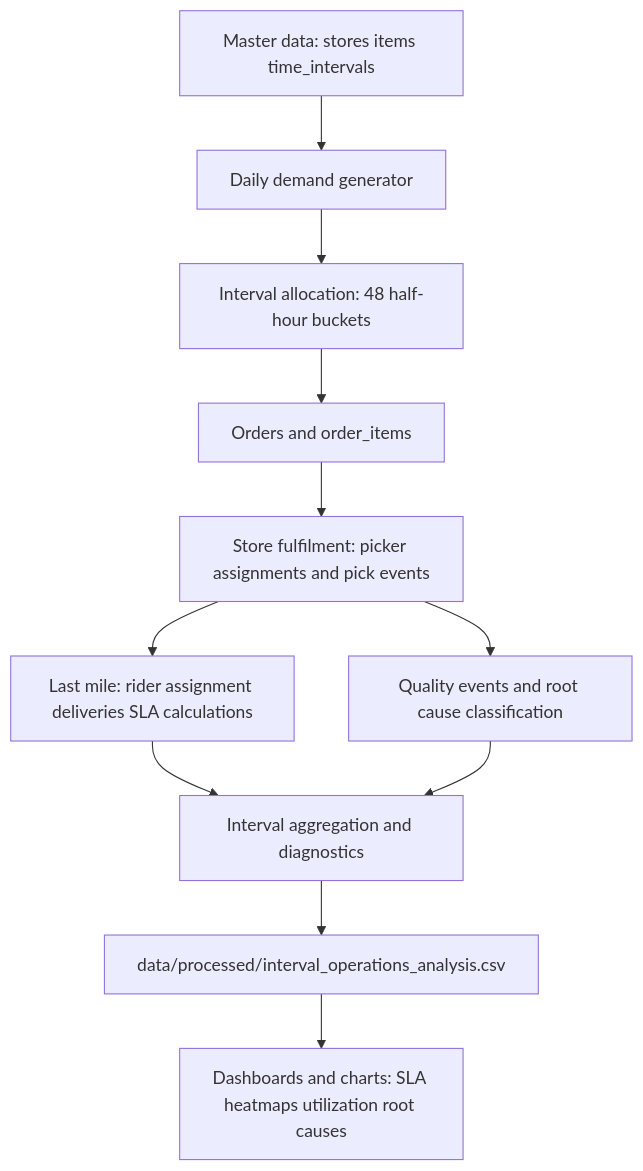
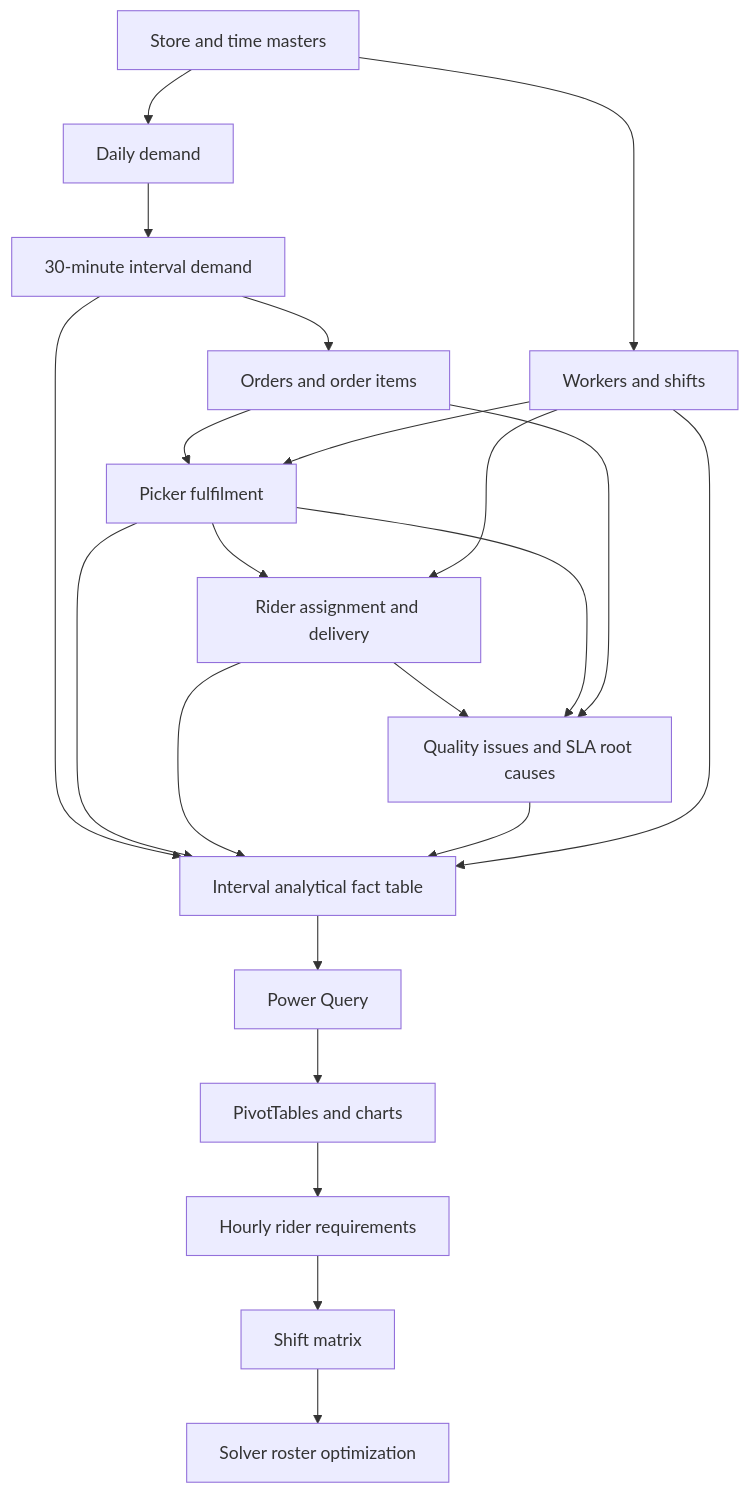
The diagram in README.md (saisboganadula/quick_commerce_ops), drawn with Mermaid before and after one commit. The commit also changed other lines of this file, not shown here.

Commit message:
docs: sync README Mermaid to canonical pipeline diagram

````diff
--- a/README.md
+++ b/README.md
@@ -213,13 +214,26 @@
 ```mermaid
 flowchart TD
-	A[Master data: stores items time_intervals] --> B[Daily demand generator]
-	B --> C[Interval allocation: 48 half-hour buckets]
-	C --> D[Orders and order_items]
-	D --> E[Store fulfilment: picker assignments and pick events]
-	E --> F[Last mile: rider assignment deliveries SLA calculations]
-	E --> G[Quality events and root cause classification]
-	F --> H[Interval aggregation and diagnostics]
-	G --> H
-	H --> I[data/processed/interval_operations_analysis.csv]
-	I --> J[Dashboards and charts: SLA heatmaps utilization root causes]
+	A["Store and time masters"] --> B["Daily demand"]
+	B --> C["30-minute interval demand"]
+	C --> D["Orders and order items"]
+	A --> E["Workers and shifts"]
+	D --> F["Picker fulfilment"]
+	E --> F
+	F --> G["Rider assignment and delivery"]
+	E --> G
+	G --> H["Quality issues and SLA root causes"]
+	F --> H
+	D --> H
+
+	C --> I["Interval analytical fact table"]
+	F --> I
+	G --> I
+	H --> I
+	E --> I
+
+	I --> J["Power Query"]
+	J --> K["PivotTables and charts"]
+	K --> L["Hourly rider requirements"]
+	L --> M["Shift matrix"]
+	M --> N["Solver roster optimization"]
 ```
````
